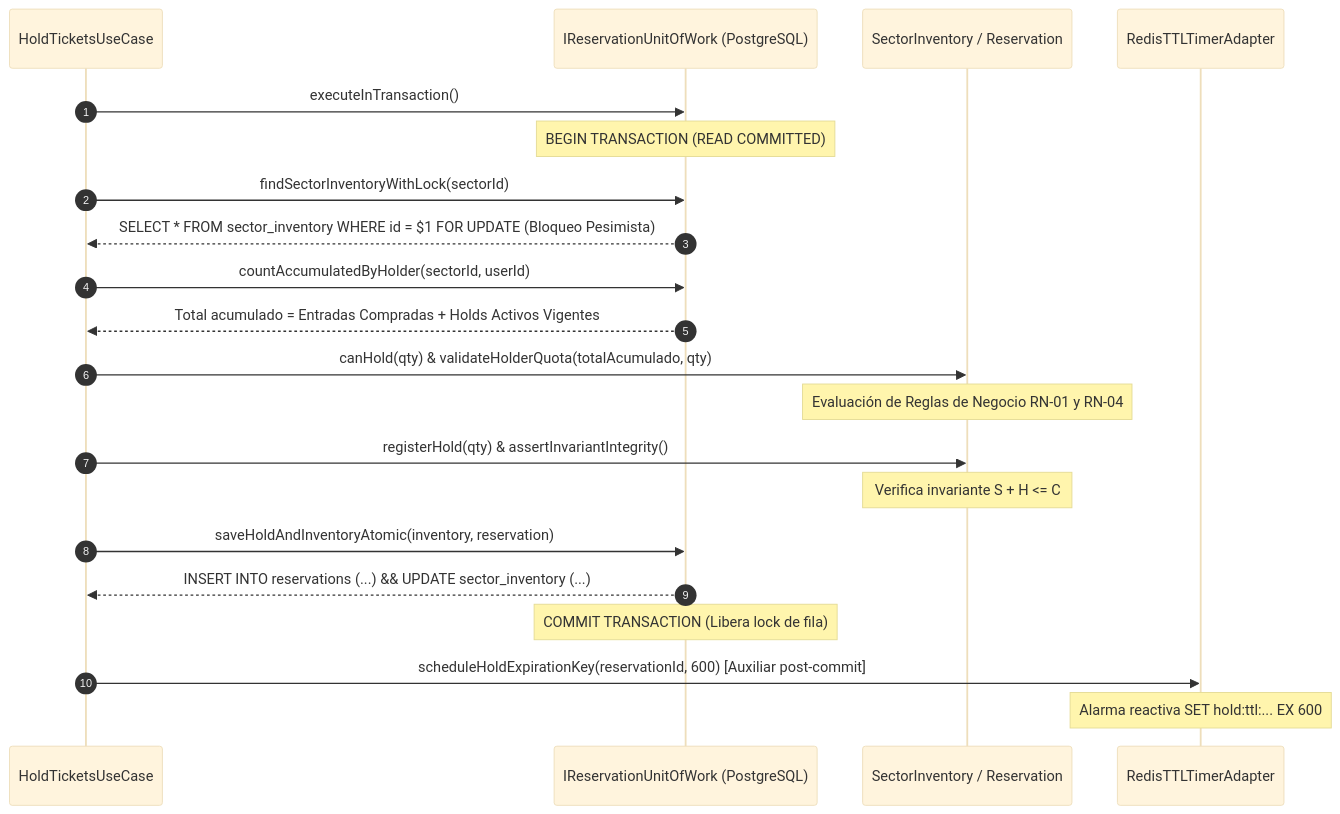
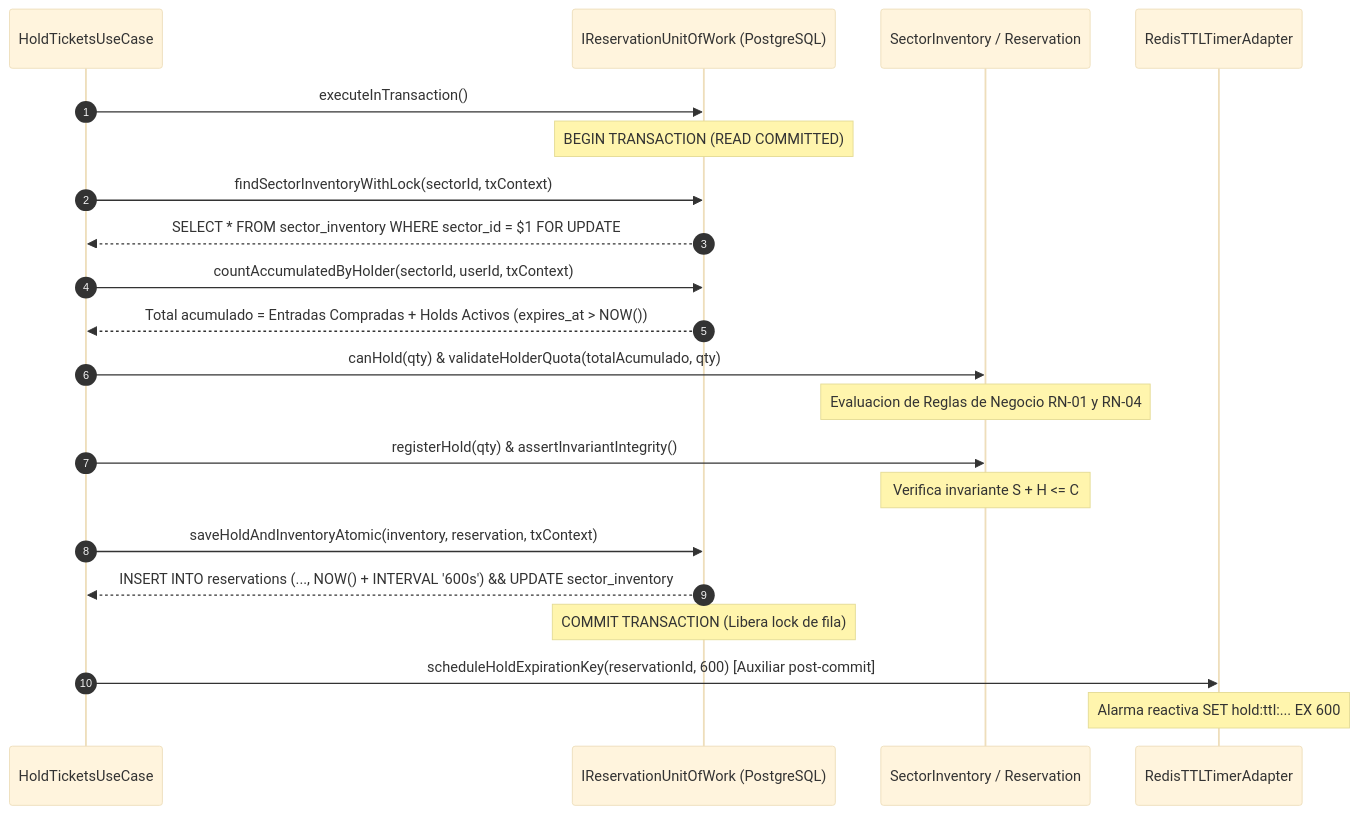
Before and after one commit to CARDBELL96/AFORO: the second of 2 diagrams in docs/04-modelo-c4/Nivel4-DiagramadeCodigo.md, drawn with Mermaid (base theme). The commit also changed other lines of this file and 15 other files, not shown here.

Commit message:
docs: refine hexagonal architecture and redesign C4 diagrams

````diff
--- a/docs/04-modelo-c4/Nivel4-DiagramadeCodigo.md
+++ b/docs/04-modelo-c4/Nivel4-DiagramadeCodigo.md
@@ -311,31 +327,31 @@
 ```mermaid
 sequenceDiagram
     autonumber
     participant UC as HoldTicketsUseCase
     participant UoW as IReservationUnitOfWork (PostgreSQL)
     participant DOM as SectorInventory / Reservation
     participant REDIS as RedisTTLTimerAdapter
 
     UC->>UoW: executeInTransaction()
     Note over UoW: BEGIN TRANSACTION (READ COMMITTED)
     
-    UC->>UoW: findSectorInventoryWithLock(sectorId)
-    UoW-->>UC: SELECT * FROM sector_inventory WHERE id = $1 FOR UPDATE (Bloqueo Pesimista)
+    UC->>UoW: findSectorInventoryWithLock(sectorId, txContext)
+    UoW-->>UC: SELECT * FROM sector_inventory WHERE sector_id = $1 FOR UPDATE
     
-    UC->>UoW: countAccumulatedByHolder(sectorId, userId)
-    UoW-->>UC: Total acumulado = Entradas Compradas + Holds Activos Vigentes
+    UC->>UoW: countAccumulatedByHolder(sectorId, userId, txContext)
+    UoW-->>UC: Total acumulado = Entradas Compradas + Holds Activos (expires_at > NOW())
     
     UC->>DOM: canHold(qty) & validateHolderQuota(totalAcumulado, qty)
-    Note over DOM: Evaluación de Reglas de Negocio RN-01 y RN-04
+    Note over DOM: Evaluacion de Reglas de Negocio RN-01 y RN-04
     
     UC->>DOM: registerHold(qty) & assertInvariantIntegrity()
     Note over DOM: Verifica invariante S + H <= C
     
-    UC->>UoW: saveHoldAndInventoryAtomic(inventory, reservation)
-    UoW-->>UC: INSERT INTO reservations (...) && UPDATE sector_inventory (...)
+    UC->>UoW: saveHoldAndInventoryAtomic(inventory, reservation, txContext)
+    UoW-->>UC: INSERT INTO reservations (..., NOW() + INTERVAL '600s') && UPDATE sector_inventory
     
     Note over UoW: COMMIT TRANSACTION (Libera lock de fila)
     
     UC->>REDIS: scheduleHoldExpirationKey(reservationId, 600) [Auxiliar post-commit]
     Note over REDIS: Alarma reactiva SET hold:ttl:... EX 600
 ```
````
